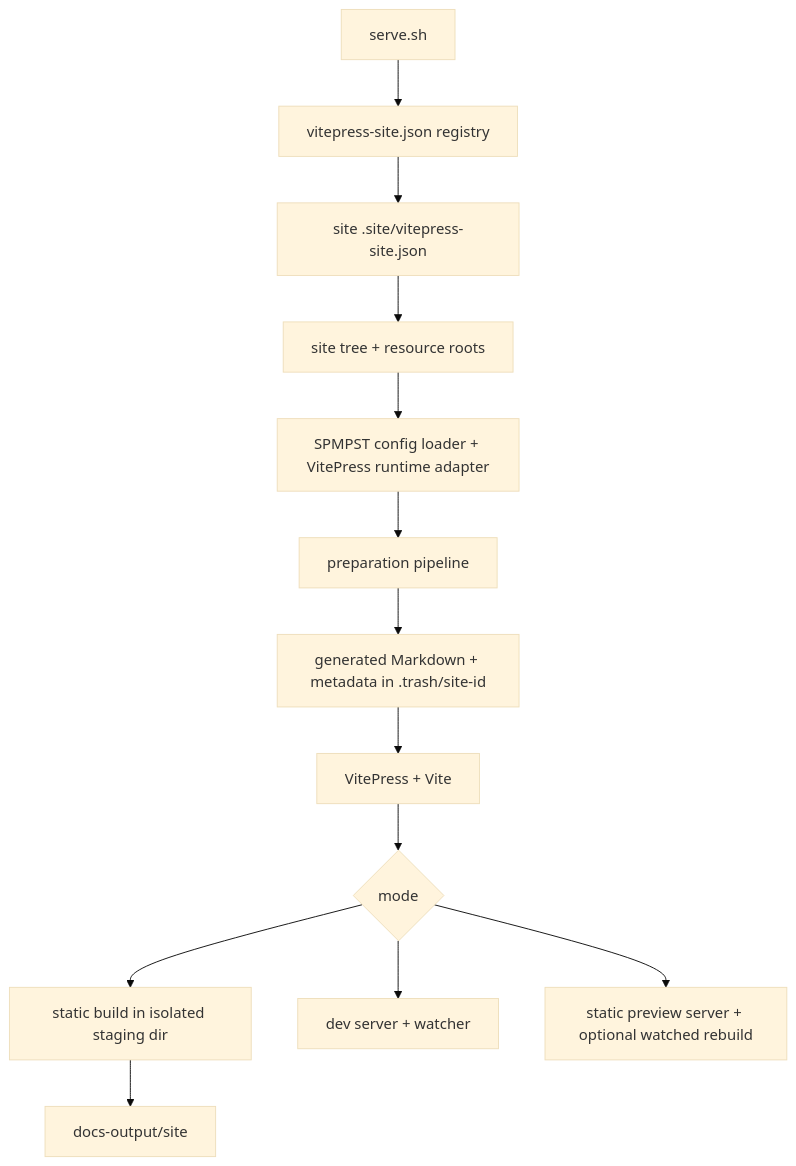
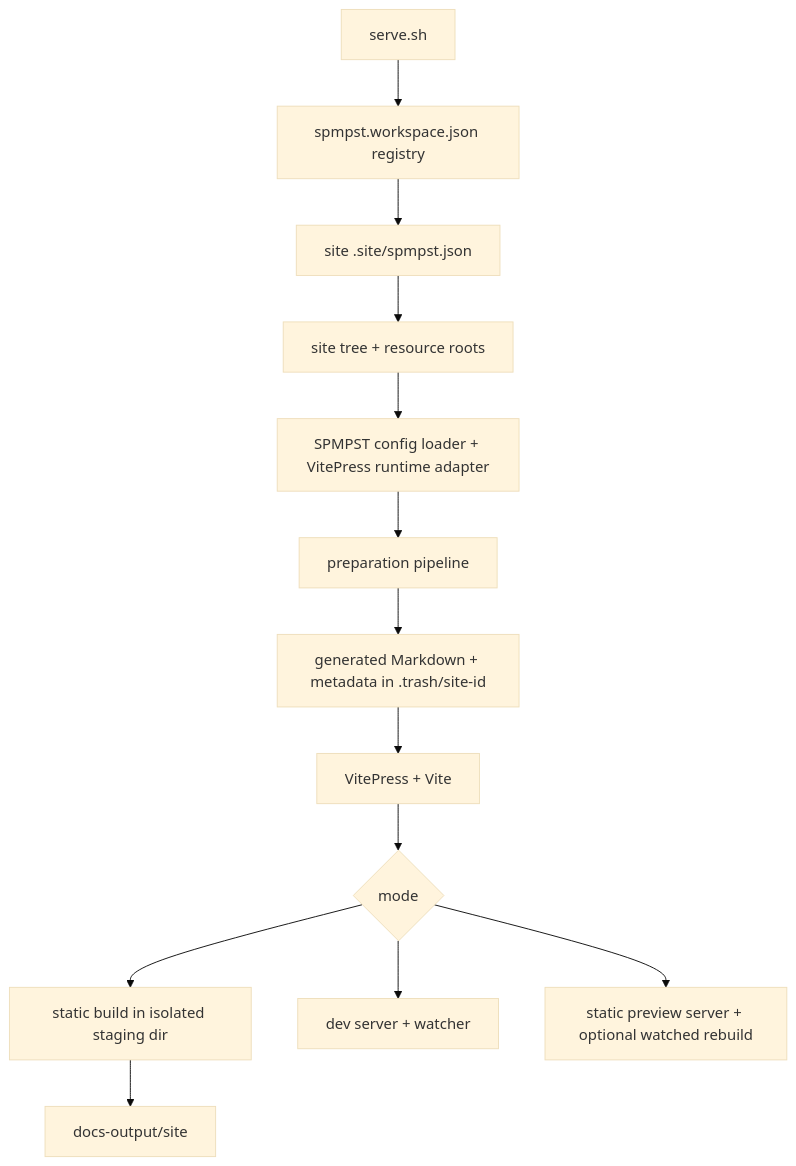
The second of 2 diagrams in docs/SSG.md (emyassine/base-feluka), drawn with Mermaid (base theme) before and after one commit. The commit also changed other lines of this file and 168 other files, not shown here.

````diff
--- a/docs/SSG.md
+++ b/docs/SSG.md
@@ -612,15 +612,15 @@
 ```mermaid
 flowchart TD
-    A[serve.sh] --> B[vitepress-site.json registry]
-    B --> C[site .site/vitepress-site.json]
+    A[serve.sh] --> B[spmpst.workspace.json registry]
+    B --> C[site .site/spmpst.json]
     C --> D[site tree + resource roots]
     D --> E[SPMPST config loader + VitePress runtime adapter]
     E --> F[preparation pipeline]
     F --> G[generated Markdown + metadata in .trash/site-id]
     G --> H[VitePress + Vite]
     H --> I{mode}
     I --> J[static build in isolated staging dir]
     I --> K[dev server + watcher]
     I --> L[static preview server + optional watched rebuild]
     J --> M[docs-output/site]
 ```
````
